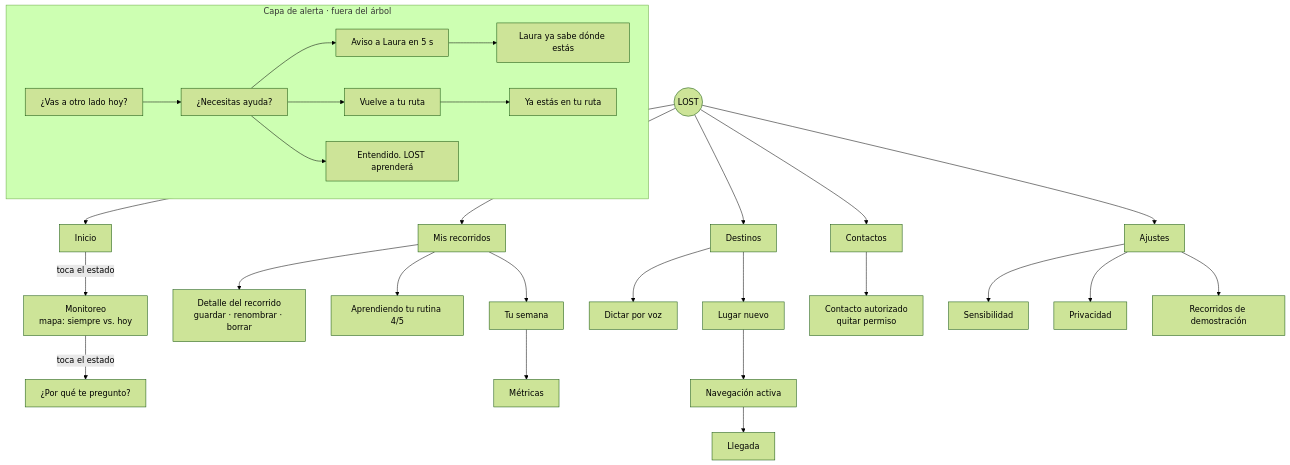
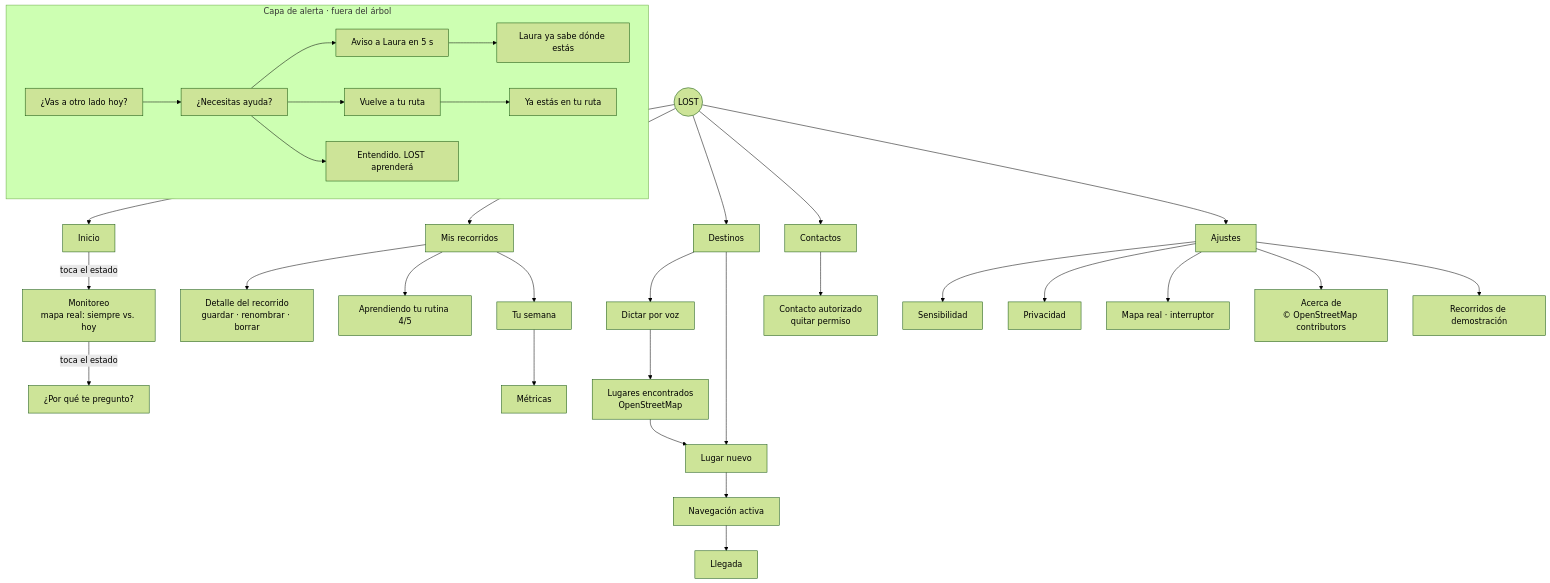
One commit to ReveloSN/LOST-smartwatch changed the diagram in docs/ia/arquitectura-informacion.md. Above: the diagram before and after it, drawn with Mermaid (forest theme). The commit also changed other lines of this file and 4 other files, not shown here.

First line of the commit message:
docs(adr): registrar el mapa real con OpenStreetMap y su política de privacidad

````diff
--- a/docs/ia/arquitectura-informacion.md
+++ b/docs/ia/arquitectura-informacion.md
@@ -7,31 +7,33 @@
 ```mermaid
 flowchart TD
     LOST((LOST)) --> HOME[Inicio]
     LOST --> ROUTINES[Mis recorridos]
     LOST --> DEST[Destinos]
     LOST --> CONTACTS[Contactos]
     LOST --> SETTINGS[Ajustes]
 
-    HOME -- toca el estado --> MON[Monitoreo<br/>mapa: siempre vs. hoy]
+    HOME -- toca el estado --> MON[Monitoreo<br/>mapa real: siempre vs. hoy]
     MON -- toca el estado --> WHY[¿Por qué te pregunto?]
 
     ROUTINES --> DETAIL[Detalle del recorrido<br/>guardar · renombrar · borrar]
     ROUTINES --> LEARN[Aprendiendo tu rutina 4/5]
     ROUTINES --> WEEK[Tu semana] --> METRICS[Métricas]
 
-    DEST --> VOICE[Dictar por voz]
+    DEST --> VOICE[Dictar por voz] --> FOUND[Lugares encontrados<br/>OpenStreetMap] --> NEWPLACE
     DEST --> NEWPLACE[Lugar nuevo] --> GUIDE[Navegación activa] --> ARRIVAL[Llegada]
 
     CONTACTS --> CONTACT[Contacto autorizado<br/>quitar permiso]
 
     SETTINGS --> SENS[Sensibilidad]
     SETTINGS --> PRIV[Privacidad]
+    SETTINGS --> REALMAP[Mapa real · interruptor]
+    SETTINGS --> ABOUT[Acerca de<br/>© OpenStreetMap contributors]
     SETTINGS --> DEMO[Recorridos de demostración]
 
     subgraph ALERTA [Capa de alerta · fuera del árbol]
         SOFT[¿Vas a otro lado hoy?] --> ASK[¿Necesitas ayuda?] --> GUIDING[Vuelve a tu ruta]
         ASK --> COUNT[Aviso a Laura en 5 s] --> SHARED[Laura ya sabe dónde estás]
         ASK --> ACK[Entendido. LOST aprenderá]
         GUIDING --> BACK[Ya estás en tu ruta]
     end
 ```
````
